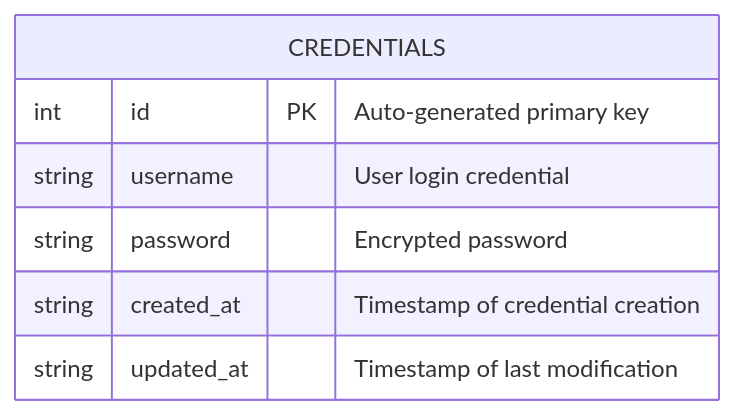
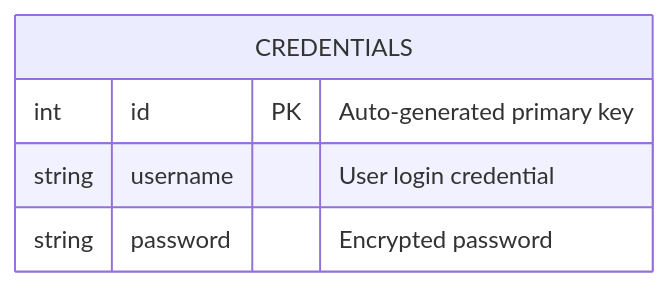
One commit to eWarzywo/project-mobilki changed the first of 2 diagrams in README.md. Above: the diagram before and after it, drawn with Mermaid. The commit also changed other lines of this file, not shown here.

````diff
--- a/README.md
+++ b/README.md
@@ -82,10 +86,8 @@
 ```mermaid
 erDiagram
     CREDENTIALS {
         int id PK "Auto-generated primary key"
         string username "User login credential"
         string password "Encrypted password"
-        string created_at "Timestamp of credential creation"
-        string updated_at "Timestamp of last modification"
     }
 ```
````
